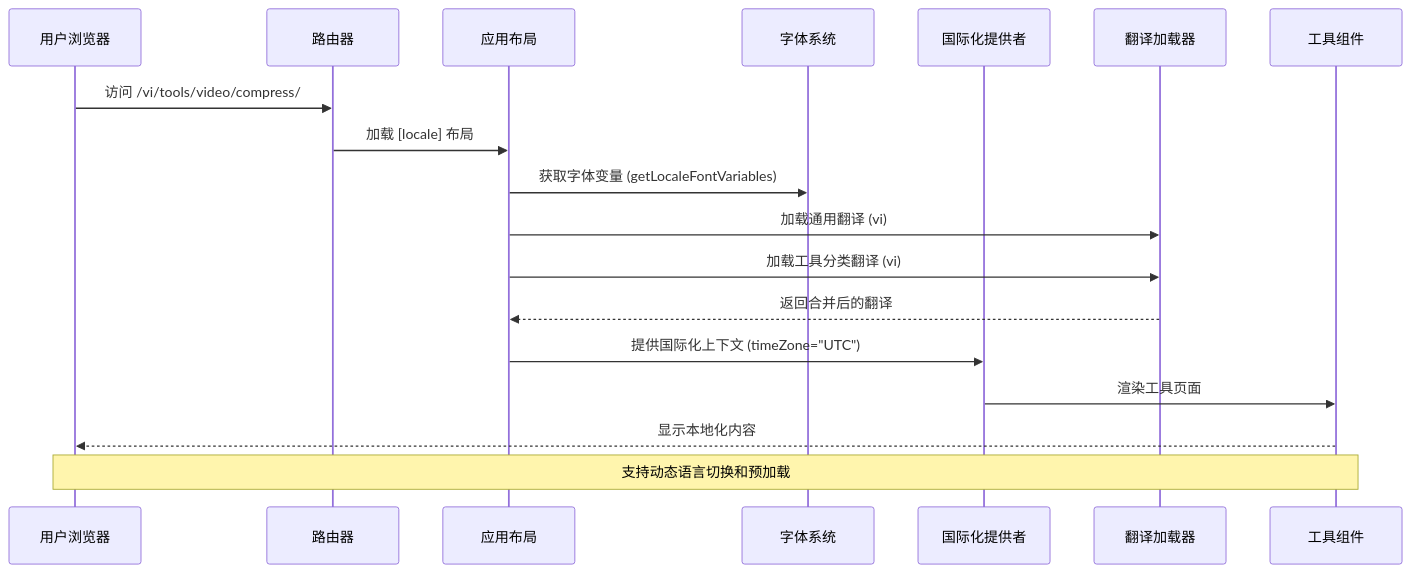
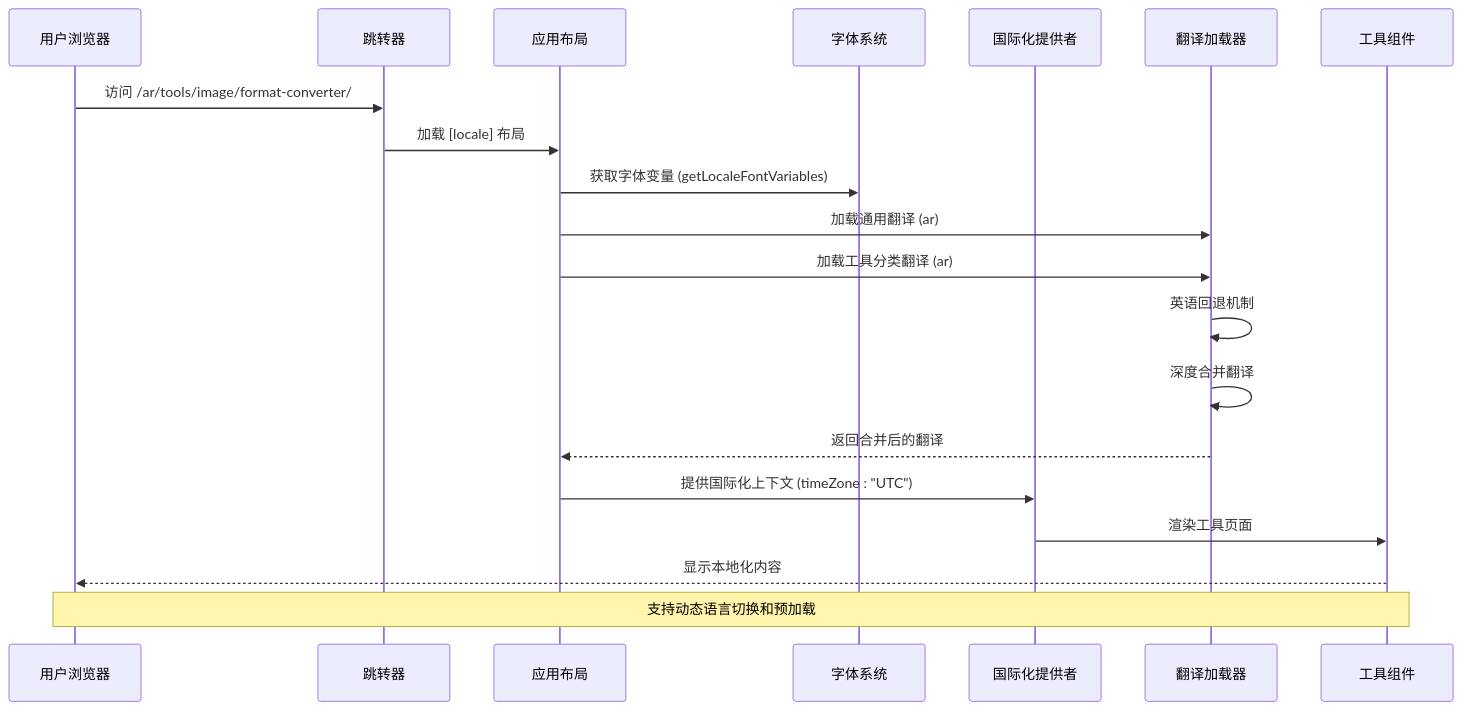
The sixth of 11 diagrams in .qoder/repowiki/zh/content/技术架构/国际化系统.md (sgyy/privadeck), drawn with Mermaid before and after one commit. The commit also changed other lines of this file and 27 other files, not shown here.

````diff
--- a/.qoder/repowiki/zh/content/技术架构/国际化系统.md
+++ b/.qoder/repowiki/zh/content/技术架构/国际化系统.md
@@ -359,20 +387,22 @@
 ```mermaid
 sequenceDiagram
 participant User as 用户浏览器
-participant Router as 路由器
+participant Router as 跳转器
 participant Layout as 应用布局
 participant Fonts as 字体系统
 participant Provider as 国际化提供者
 participant Messages as 翻译加载器
 participant Tools as 工具组件
-User->>Router : 访问 /vi/tools/video/compress/
+User->>Router : 访问 /ar/tools/image/format-converter/
 Router->>Layout : 加载 [locale] 布局
 Layout->>Fonts : 获取字体变量 (getLocaleFontVariables)
-Layout->>Messages : 加载通用翻译 (vi)
-Layout->>Messages : 加载工具分类翻译 (vi)
+Layout->>Messages : 加载通用翻译 (ar)
+Layout->>Messages : 加载工具分类翻译 (ar)
+Messages->>Messages : 英语回退机制
+Messages->>Messages : 深度合并翻译
 Messages-->>Layout : 返回合并后的翻译
-Layout->>Provider : 提供国际化上下文 (timeZone="UTC")
+Layout->>Provider : 提供国际化上下文 (timeZone : "UTC")
 Provider->>Tools : 渲染工具页面
 Tools-->>User : 显示本地化内容
 Note over User,Tools : 支持动态语言切换和预加载
 ```
````
